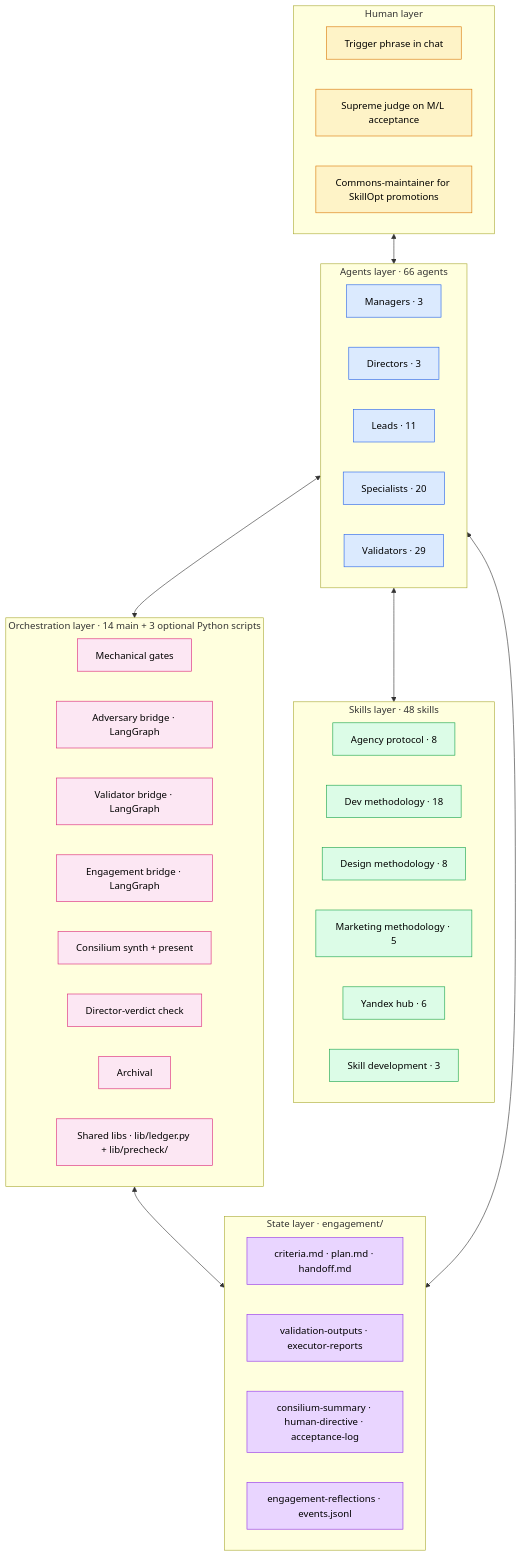
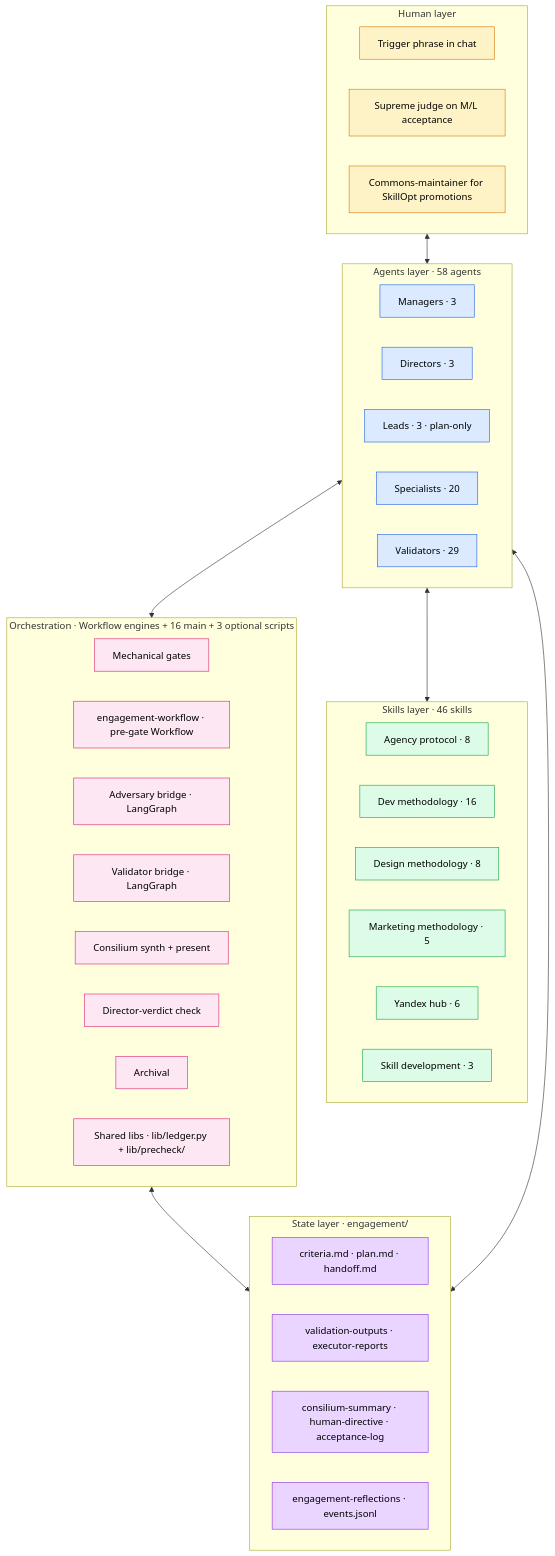
One commit to AgentShekel/agentic-workflow changed the first of 6 diagrams in ARCHITECTURE.md. Above: the diagram before and after it, drawn with Mermaid. The commit also changed other lines of this file and 96 other files, not shown here.

First line of the commit message:
feat: v0.3 — engagement orchestration unified under the engagement-workflow Workflow

````diff
--- a/ARCHITECTURE.md
+++ b/ARCHITECTURE.md
@@ -89,61 +97,61 @@
 ```mermaid
 flowchart TB
     subgraph Human ["Human layer"]
         H1[Trigger phrase in chat]
         H2[Supreme judge on M/L acceptance]
         H3[Commons-maintainer for SkillOpt promotions]
     end
 
-    subgraph Agents ["Agents layer · 66 agents"]
+    subgraph Agents ["Agents layer · 58 agents"]
         AM[Managers · 3]
         AD[Directors · 3]
-        AL[Leads · 11]
+        AL[Leads · 3 · plan-only]
         AS[Specialists · 20]
         AV[Validators · 29]
     end
 
-    subgraph Skills ["Skills layer · 48 skills"]
+    subgraph Skills ["Skills layer · 46 skills"]
         SK1[Agency protocol · 8]
-        SK2[Dev methodology · 18]
+        SK2[Dev methodology · 16]
         SK3[Design methodology · 8]
         SK4[Marketing methodology · 5]
         SK5[Yandex hub · 6]
         SK6[Skill development · 3]
     end
 
-    subgraph Orch ["Orchestration layer · 14 main + 3 optional Python scripts"]
+    subgraph Orch ["Orchestration · Workflow engines + 16 main + 3 optional scripts"]
         O1[Mechanical gates]
-        O2[Adversary bridge · LangGraph]
-        O3[Validator bridge · LangGraph]
-        O4[Engagement bridge · LangGraph]
+        O2[engagement-workflow · pre-gate Workflow]
+        O3[Adversary bridge · LangGraph]
+        O4[Validator bridge · LangGraph]
         O5[Consilium synth + present]
         O6[Director-verdict check]
         O7[Archival]
         O8[Shared libs · lib/ledger.py + lib/precheck/]
     end
 
     subgraph State ["State layer · engagement/"]
         ST1[criteria.md · plan.md · handoff.md]
         ST2[validation-outputs · executor-reports]
         ST3[consilium-summary · human-directive · acceptance-log]
         ST4[engagement-reflections · events.jsonl]
     end
 
     Human <--> Agents
     Agents <--> Skills
     Agents <--> Orch
     Orch <--> State
     Agents <--> State
 
     classDef human fill:#fef3c7,stroke:#d97706,color:#000
     classDef agents fill:#dbeafe,stroke:#2563eb,color:#000
     classDef skills fill:#dcfce7,stroke:#16a34a,color:#000
     classDef orch fill:#fce7f3,stroke:#db2777,color:#000
     classDef state fill:#e9d5ff,stroke:#9333ea,color:#000
 
     class H1,H2,H3 human
     class AM,AD,AL,AS,AV agents
     class SK1,SK2,SK3,SK4,SK5,SK6 skills
     class O1,O2,O3,O4,O5,O6,O7,O8 orch
     class ST1,ST2,ST3,ST4 state
 ```
````
